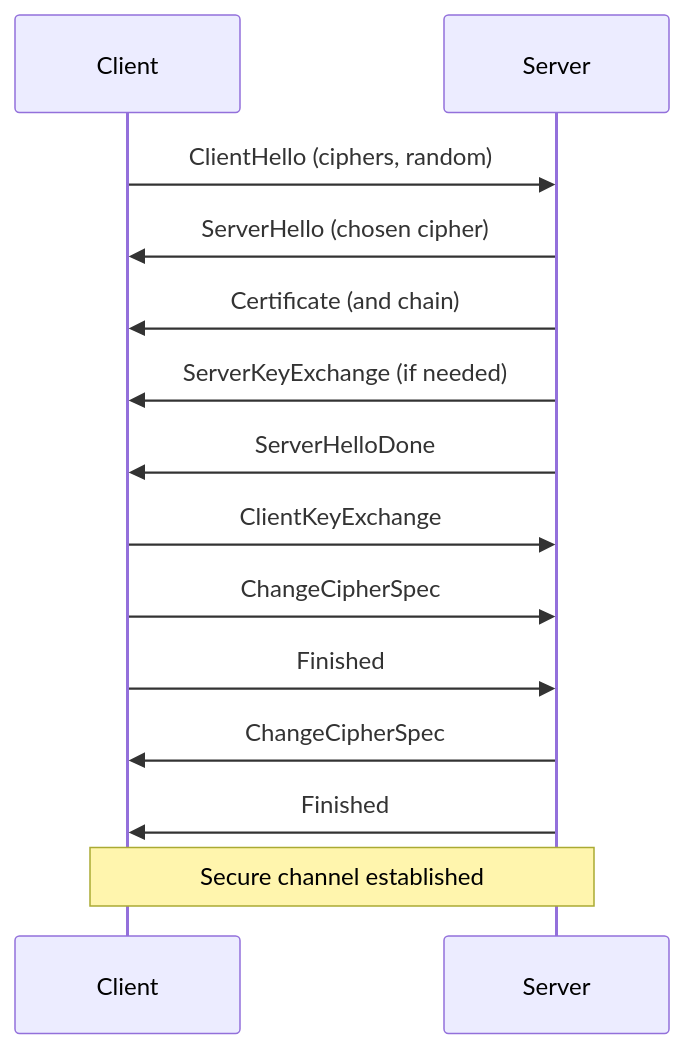
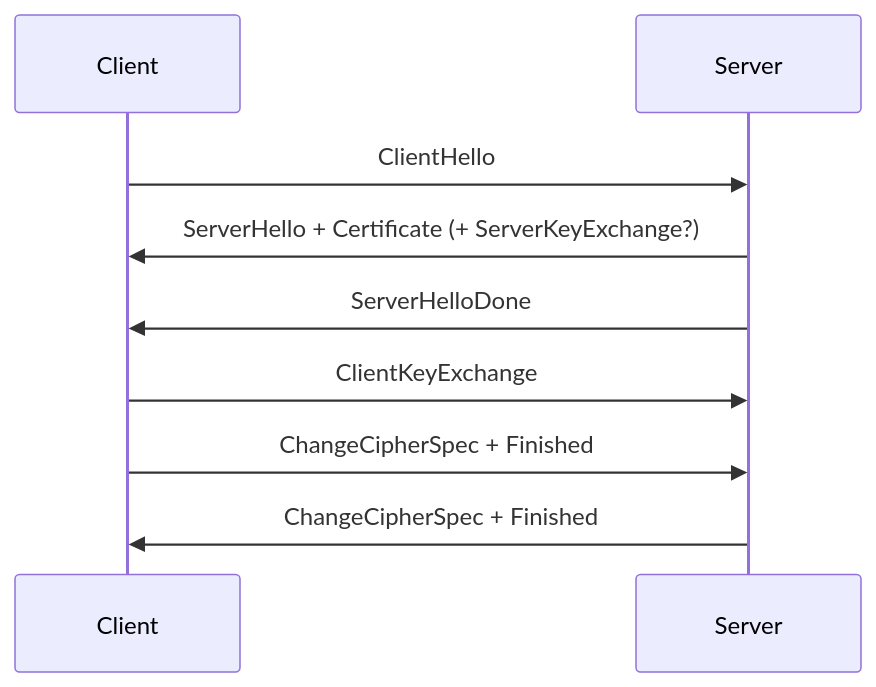
The third of 5 diagrams in DailyChallenges/Season2/Day19/challenge.md (Sagar2366/LearnWithSagar), drawn with Mermaid before and after one commit. The commit also changed other lines of this file, not shown here.

````diff
--- a/DailyChallenges/Season2/Day19/challenge.md
+++ b/DailyChallenges/Season2/Day19/challenge.md
@@ -107,16 +101,11 @@
 ```mermaid
 sequenceDiagram
     participant C as Client
     participant S as Server
-    C->>S: ClientHello (ciphers, random)
-    S->>C: ServerHello (chosen cipher)
-    S->>C: Certificate (and chain)
-    S->>C: ServerKeyExchange (if needed)
+    C->>S: ClientHello
+    S->>C: ServerHello + Certificate (+ ServerKeyExchange?)
     S->>C: ServerHelloDone
     C->>S: ClientKeyExchange
-    C->>S: ChangeCipherSpec
-    C->>S: Finished
-    S->>C: ChangeCipherSpec
-    S->>C: Finished
-    Note over C,S: Secure channel established
+    C->>S: ChangeCipherSpec + Finished
+    S->>C: ChangeCipherSpec + Finished
 ```
````
